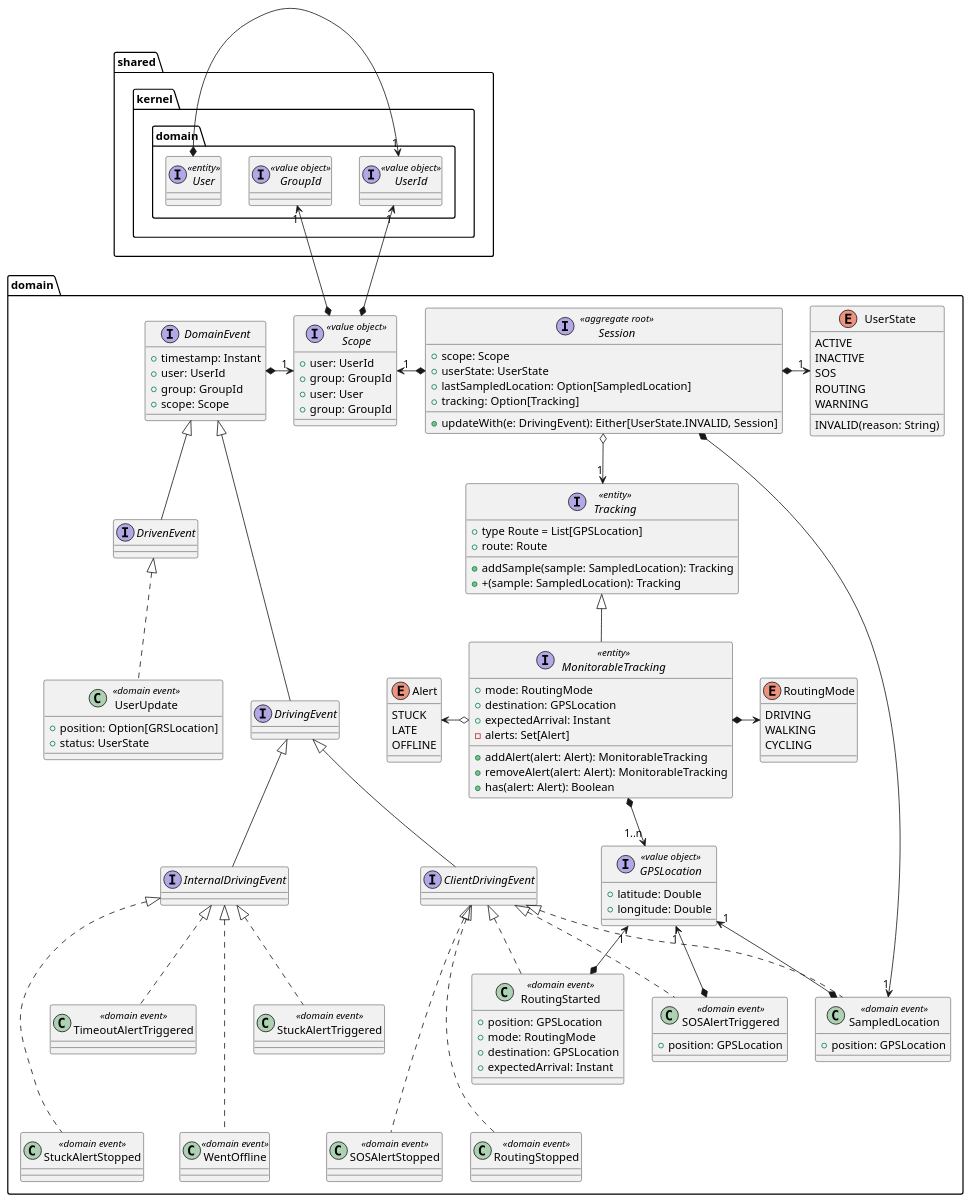
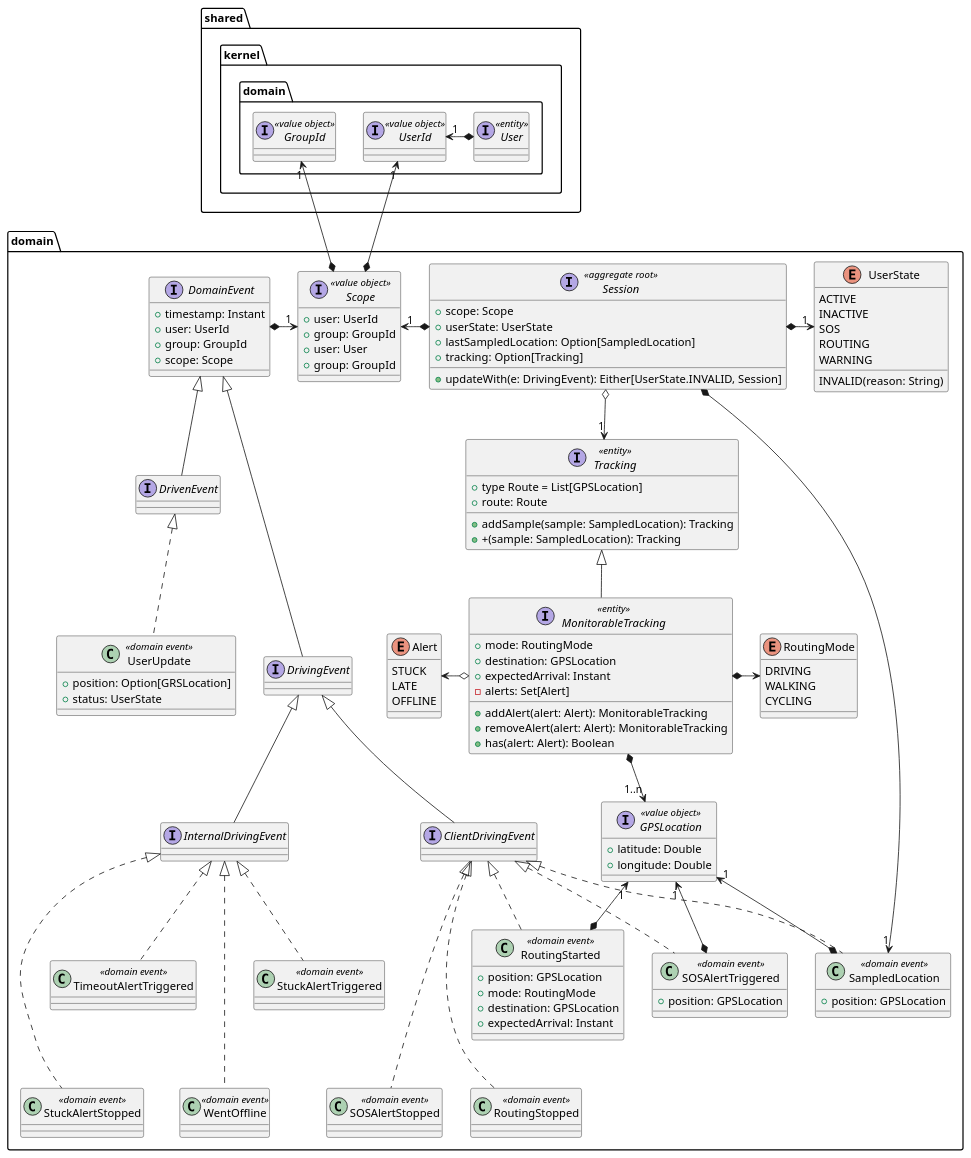
Before and after one commit to position-pal/Documentation: the first of 3 diagrams in content/docs/4-detailed-design/2-location-service.md, drawn with PlantUML. The commit also changed 2 other files, not shown here.

Commit message:
improve layout

```diff
--- a/content/docs/4-detailed-design/2-location-service.md
+++ b/content/docs/4-detailed-design/2-location-service.md
@@ -38,7 +38,7 @@
     interface User <<entity>>
     interface UserId <<value object>>
     interface GroupId <<value object>>
-    User *-r-> "1" UserId
+    User *-left-> "1" UserId
 }
 
 package domain {
```
